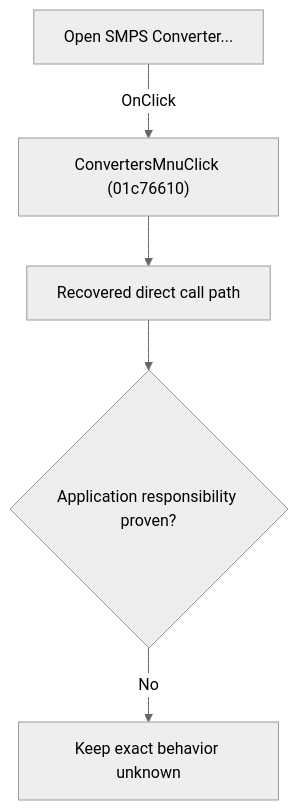
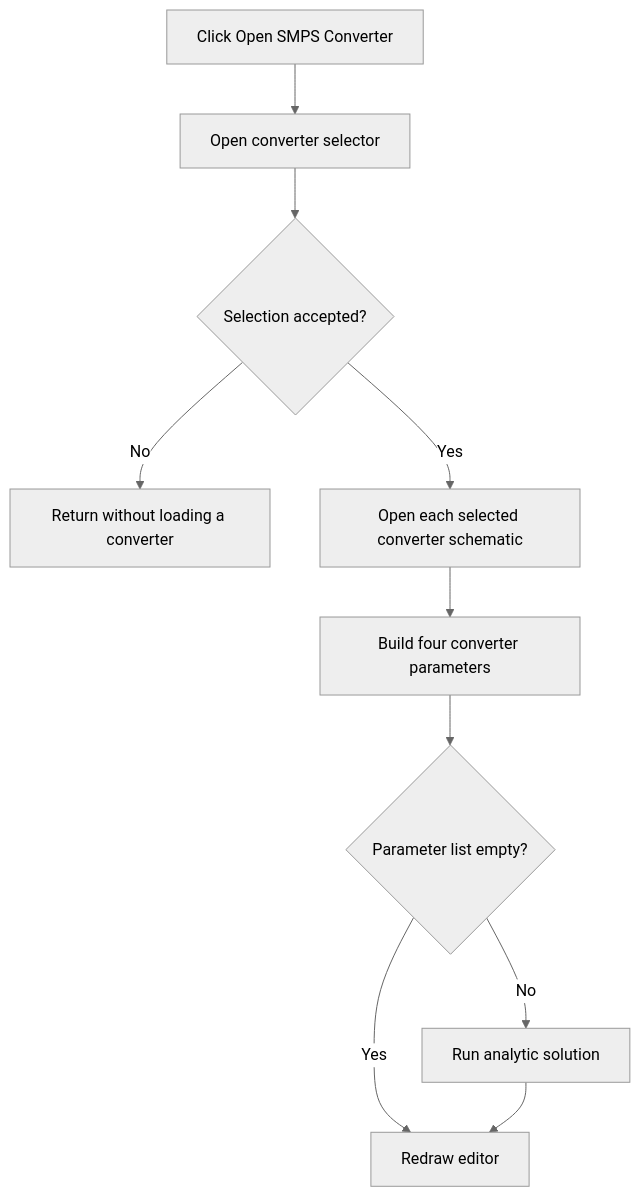
One commit to MovGP0/TIARA changed the diagram in docs/ui-controls/schematiceditor/convertersmnu-2a7f408b83.md. Above: the diagram before and after it, drawn with Mermaid (neutral theme). The commit also changed other lines of this file and 241 other files, not shown here.

````diff
--- a/docs/ui-controls/schematiceditor/convertersmnu-2a7f408b83.md
+++ b/docs/ui-controls/schematiceditor/convertersmnu-2a7f408b83.md
@@ -27,7 +27,12 @@
 ```mermaid
 flowchart TD
-    control["Open SMPS Converter..."] -->|"OnClick"| handler["ConvertersMnuClick (01c76610)"]
-    handler --> recovered["Recovered direct call path"]
-    recovered --> gap{"Application responsibility proven?"}
-    gap -->|"No"| blocked["Keep exact behavior unknown"]
+    control["Click Open SMPS Converter"] --> dialog["Open converter selector"]
+    dialog --> accepted{"Selection accepted?"}
+    accepted -->|"No"| stop["Return without loading a converter"]
+    accepted -->|"Yes"| load["Open each selected converter schematic"]
+    load --> parameters["Build four converter parameters"]
+    parameters --> run{"Parameter list empty?"}
+    run -->|"No"| analyze["Run analytic solution"]
+    run -->|"Yes"| redraw["Redraw editor"]
+    analyze --> redraw
 ```
````
